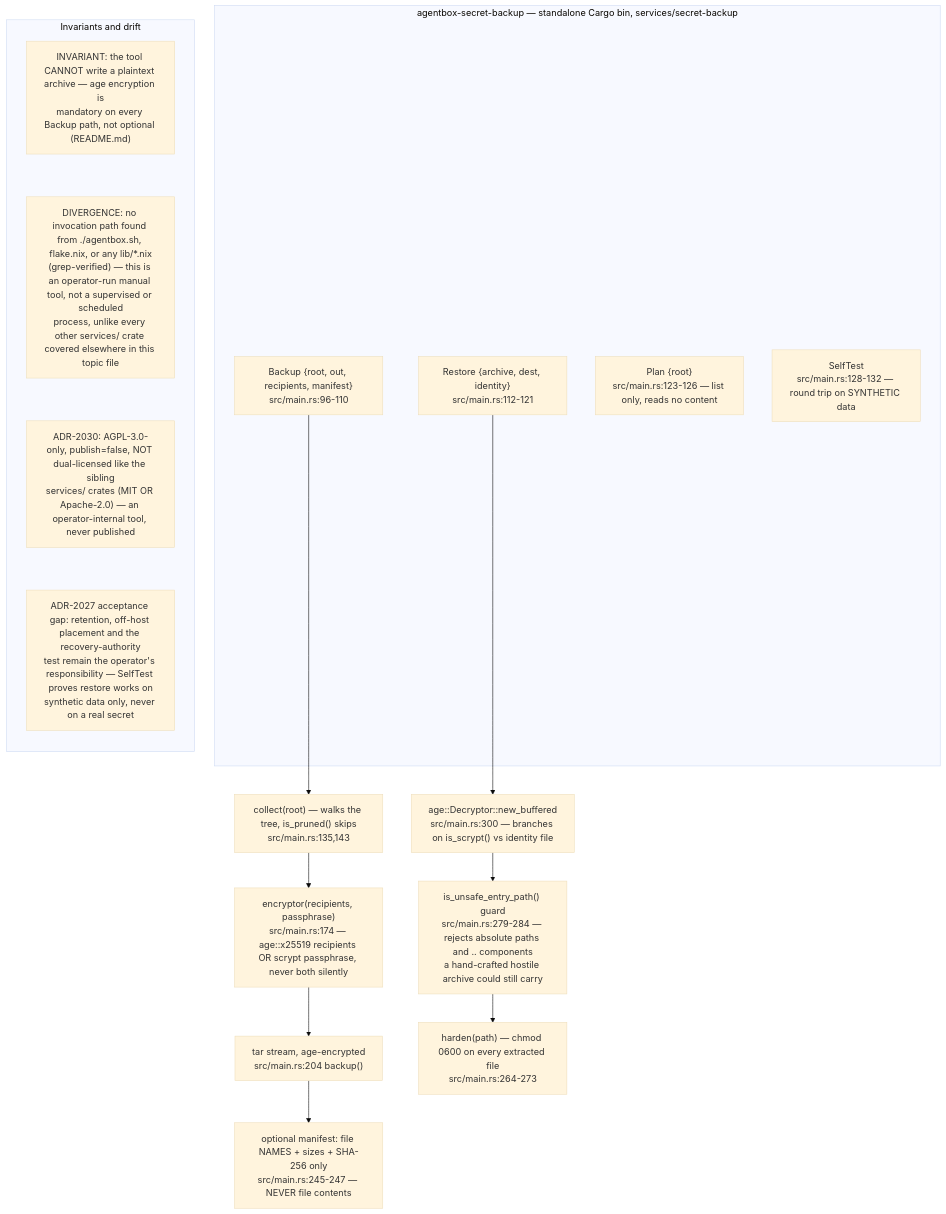
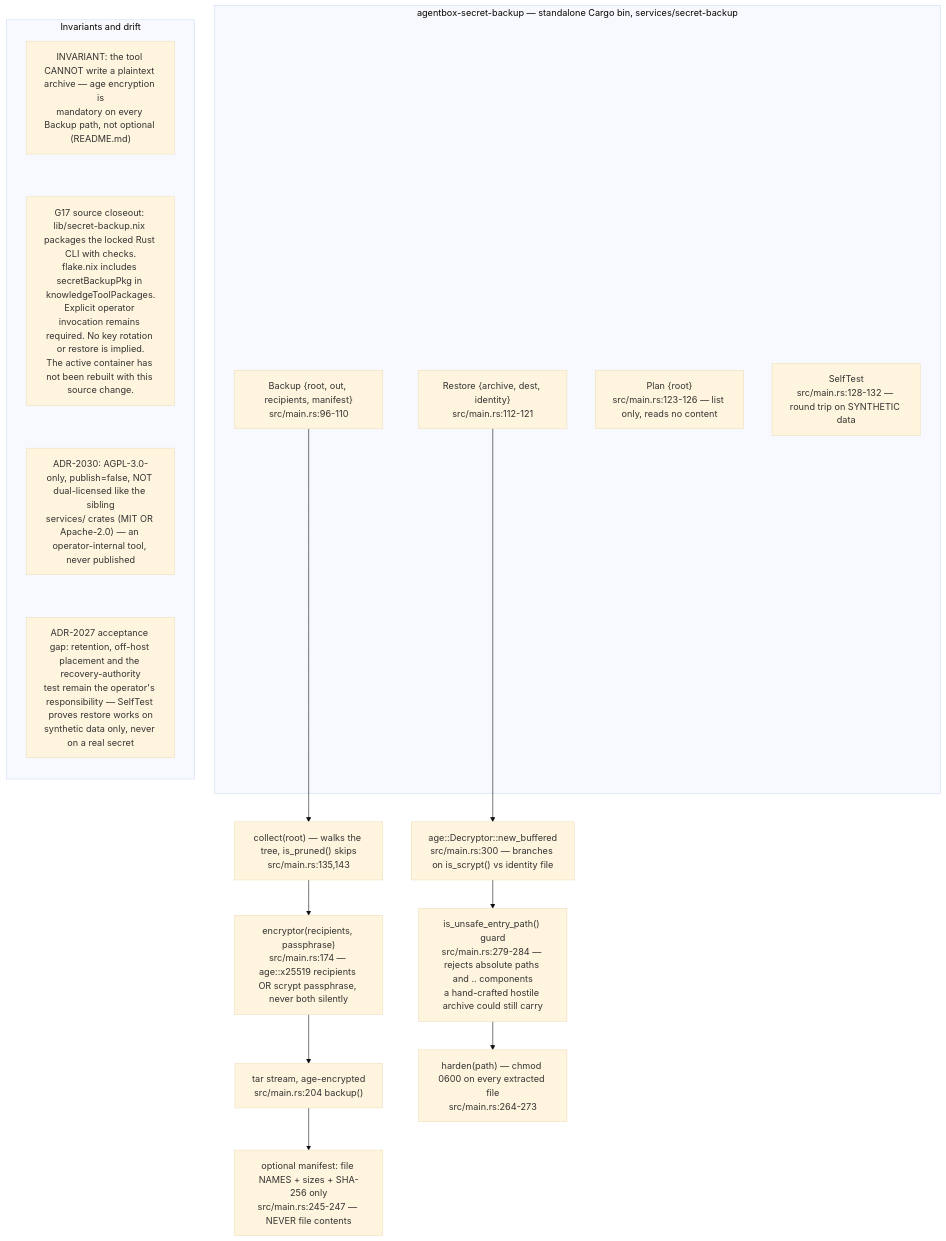
Diagram 12 of 12 in docs/diagrams/agentbox/16-secrets-custody-seccomp-profiles.md (DreamLab-AI/VisionFlow), drawn with Mermaid (base theme) before and after one commit. The commit also changed other lines of this file and 7 other files, not shown here.

Commit message:
docs(diagrams): bind closeout security and retrieval flows to source

````diff
--- a/docs/diagrams/agentbox/16-secrets-custody-seccomp-profiles.md
+++ b/docs/diagrams/agentbox/16-secrets-custody-seccomp-profiles.md
@@ -411,24 +411,24 @@
 ```mermaid
 flowchart TB
     subgraph cli["agentbox-secret-backup — standalone Cargo bin, services/secret-backup"]
         BACKUP["Backup #123;root, out, recipients, manifest#125;<br/>src/main.rs:96-110"]
         RESTORE["Restore #123;archive, dest, identity#125;<br/>src/main.rs:112-121"]
         PLAN["Plan #123;root#125;<br/>src/main.rs:123-126 — list only, reads no content"]
         SELFTEST["SelfTest<br/>src/main.rs:128-132 — round trip on SYNTHETIC data"]
     end
     BACKUP --> COLLECT["collect#40;root#41; — walks the tree, is_pruned#40;#41; skips<br/>src/main.rs:135,143"]
     COLLECT --> ENCRYPTOR["encryptor#40;recipients, passphrase#41;<br/>src/main.rs:174 — age::x25519 recipients OR scrypt passphrase, never both silently"]
     ENCRYPTOR --> ARCHIVE["tar stream, age-encrypted<br/>src/main.rs:204 backup#40;#41;"]
     ARCHIVE --> MANIFEST["optional manifest: file NAMES + sizes + SHA-256 only<br/>src/main.rs:245-247 — NEVER file contents"]
     RESTORE --> DECRYPT["age::Decryptor::new_buffered<br/>src/main.rs:300 — branches on is_scrypt#40;#41; vs identity file"]
     DECRYPT --> UNSAFE["is_unsafe_entry_path#40;#41; guard<br/>src/main.rs:279-284 — rejects absolute paths and .. components<br/>a hand-crafted hostile archive could still carry"]
     UNSAFE --> HARDEN["harden#40;path#41; — chmod 0600 on every extracted file<br/>src/main.rs:264-273"]
     subgraph notes["Invariants and drift"]
         direction TB
         N1["INVARIANT: the tool CANNOT write a plaintext archive — age encryption is<br/>mandatory on every Backup path, not optional (README.md)"]
-        N2["DIVERGENCE: no invocation path found from ./agentbox.sh, flake.nix, or any lib/*.nix<br/>#40;grep-verified#41; — this is an operator-run manual tool, not a supervised or scheduled<br/>process, unlike every other services/ crate covered elsewhere in this topic file"]
+        N2["G17 source closeout: lib/secret-backup.nix packages the locked Rust CLI with checks.<br/>flake.nix includes secretBackupPkg in knowledgeToolPackages.<br/>Explicit operator invocation remains required. No key rotation or restore is implied.<br/>The active container has not been rebuilt with this source change."]
         N3["ADR-2030: AGPL-3.0-only, publish#61;false, NOT dual-licensed like the sibling<br/>services/ crates #40;MIT OR Apache-2.0#41; — an operator-internal tool, never published"]
         N4["ADR-2027 acceptance gap: retention, off-host placement and the recovery-authority<br/>test remain the operator's responsibility — SelfTest proves restore works on<br/>synthetic data only, never on a real secret"]
         N1 ~~~ N2 ~~~ N3 ~~~ N4
     end
 ```
````
